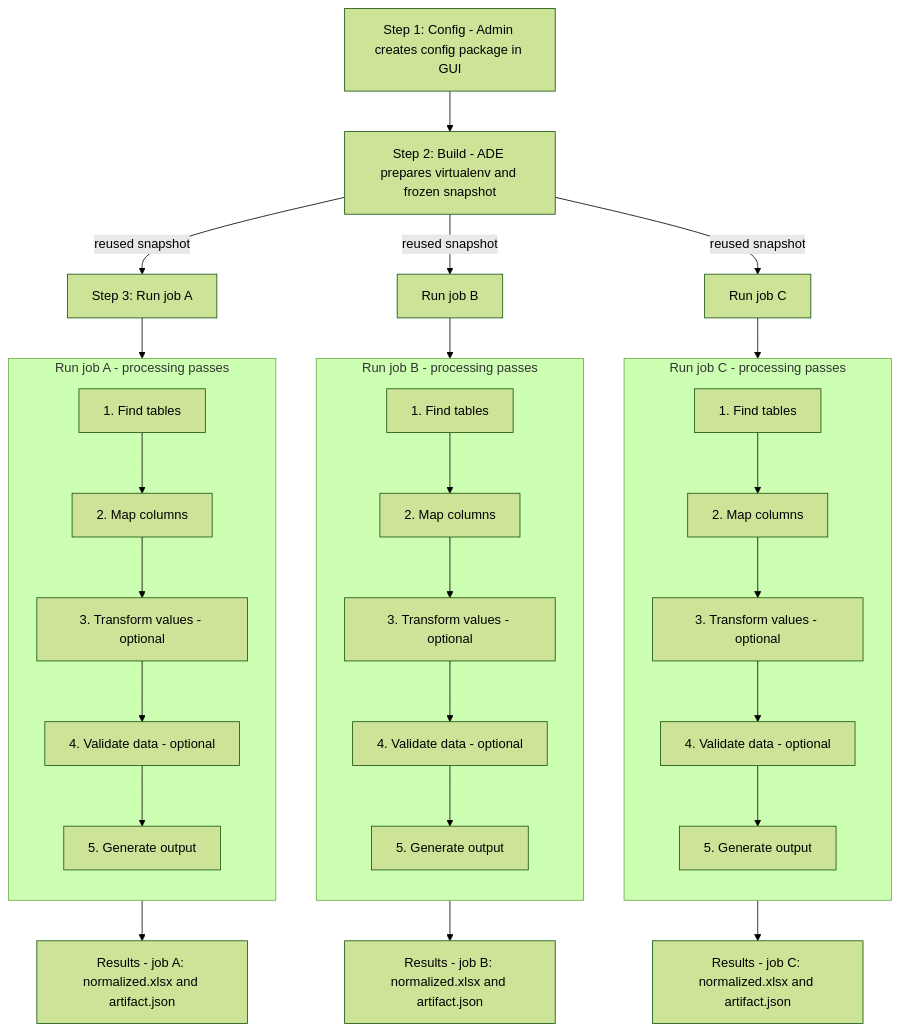
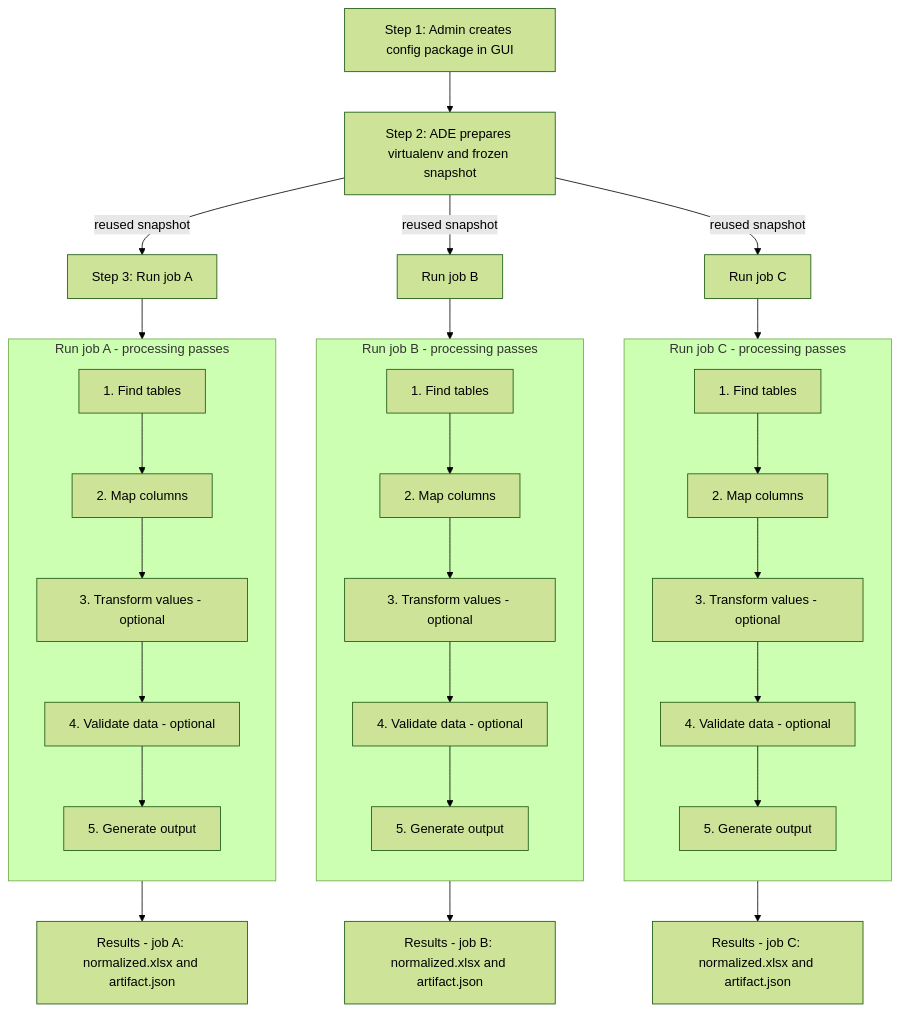
One commit to clac-ca/automatic-data-extractor changed the diagram in docs/developers/README.md. Above: the diagram before and after it, drawn with Mermaid (forest theme). The commit also changed other lines of this file and 1 other file, not shown here.

Commit message:
docs: update function signatures in config package documentation for clarity

````diff
--- a/docs/developers/README.md
+++ b/docs/developers/README.md
@@ -100,46 +100,46 @@
 ```mermaid
 flowchart TD
-    S1[Step 1: Config - Admin creates config package in GUI] --> S2[Step 2: Build - ADE prepares virtualenv and frozen snapshot]
+    S1[Step 1: Admin creates config package in GUI] --> S2[Step 2: ADE prepares virtualenv and frozen snapshot]
 
     %% Job A (vertical passes)
     S2 -- reused snapshot --> J1[Step 3: Run job A]
     subgraph Job_A [Run job A - processing passes]
         direction TB
         A1[1. Find tables]
         A2[2. Map columns]
         A3[3. Transform values - optional]
         A4[4. Validate data - optional]
         A5[5. Generate output]
         A1 --> A2 --> A3 --> A4 --> A5
     end
     J1 --> A1
     A5 --> R1[Results - job A: normalized.xlsx and artifact.json]
 
     %% Job B (vertical passes)
     S2 -- reused snapshot --> J2[Run job B]
     subgraph Job_B [Run job B - processing passes]
         direction TB
         B1[1. Find tables]
         B2[2. Map columns]
         B3[3. Transform values - optional]
         B4[4. Validate data - optional]
         B5[5. Generate output]
         B1 --> B2 --> B3 --> B4 --> B5
     end
     J2 --> B1
     B5 --> R2[Results - job B: normalized.xlsx and artifact.json]
 
     %% Job C (vertical passes)
     S2 -- reused snapshot --> J3[Run job C]
     subgraph Job_C [Run job C - processing passes]
         direction TB
         C1[1. Find tables]
         C2[2. Map columns]
         C3[3. Transform values - optional]
         C4[4. Validate data - optional]
         C5[5. Generate output]
         C1 --> C2 --> C3 --> C4 --> C5
     end
     J3 --> C1
     C5 --> R3[Results - job C: normalized.xlsx and artifact.json]
 ```
````
